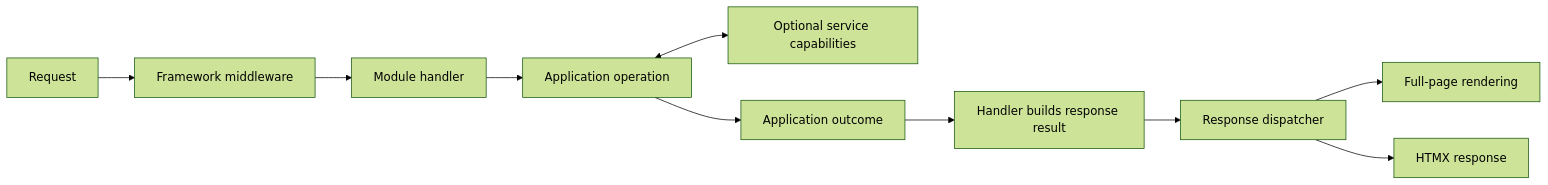
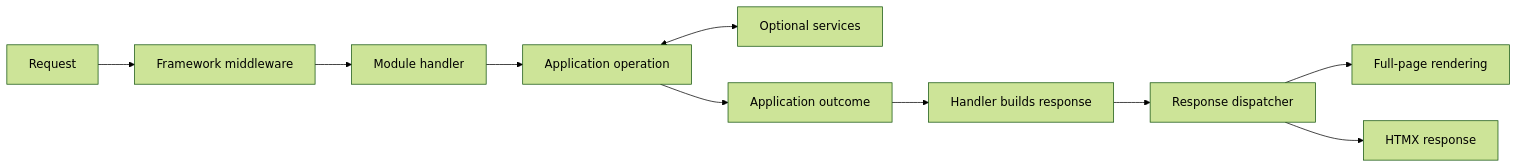
One commit to trentnix/hyperserver changed the diagram in roadmap.md. Above: the diagram before and after it, drawn with Mermaid (forest theme). The commit also changed other lines of this file and 7 other files, not shown here.

````diff
--- a/roadmap.md
+++ b/roadmap.md
@@ -38,12 +31,12 @@
 ```mermaid
 flowchart LR
     Request --> Middleware[Framework middleware]
     Middleware --> Handler[Module handler]
     Handler --> Operation[Application operation]
-    Operation <--> Services[Optional service capabilities]
+    Operation <--> Services[Optional services]
     Operation --> Outcome[Application outcome]
-    Outcome --> Response[Handler builds response result]
+    Outcome --> Response[Handler builds response]
     Response --> Dispatcher[Response dispatcher]
     Dispatcher --> FullPage[Full-page rendering]
     Dispatcher --> HTMX[HTMX response]
 ```
````
